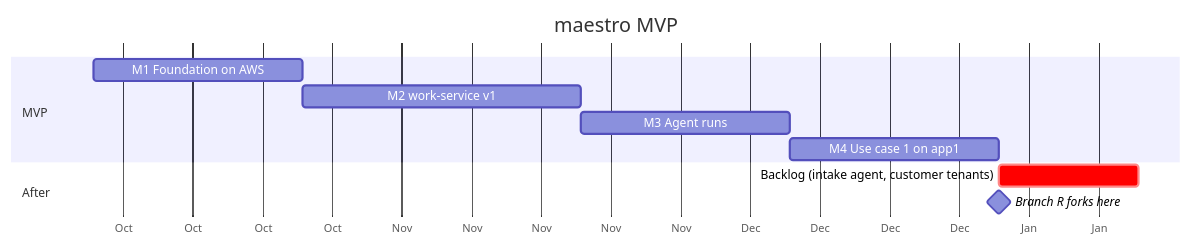
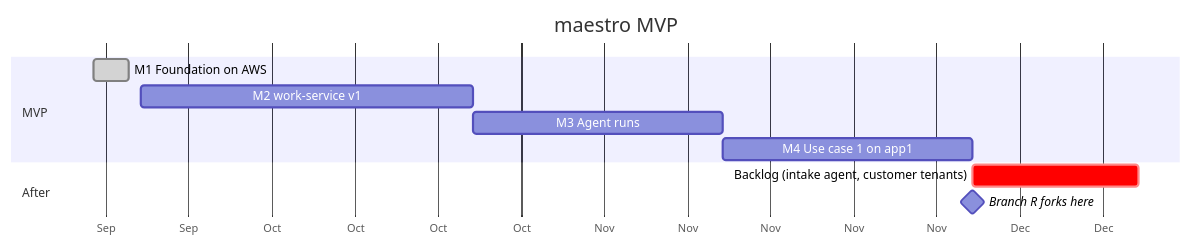
One commit to fps4/maestro changed the diagram in docs/roadmap.md. Above: the diagram before and after it, drawn with Mermaid. The commit also changed other lines of this file and 3 other files, not shown here.

````diff
--- a/docs/roadmap.md
+++ b/docs/roadmap.md
@@ -5,14 +5,14 @@
 ```mermaid
 gantt
     title maestro MVP
     dateFormat  YYYY-MM-DD
     axisFormat  %b
     section MVP
-    M1 Foundation on AWS        :m1, 2026-10-01, 21d
-    M2 work-service v1          :m2, after m1, 28d
+    M1 Foundation on AWS        :done, m1, 2026-09-19, 2026-09-22
+    M2 work-service v1          :m2, 2026-09-23, 28d
     M3 Agent runs               :m3, after m2, 21d
     M4 Use case 1 on app1       :m4, after m3, 21d
     section After
     Backlog (intake agent, customer tenants) :crit, after m4, 14d
     Branch R forks here          :milestone, after m4, 0d
 ```
````
